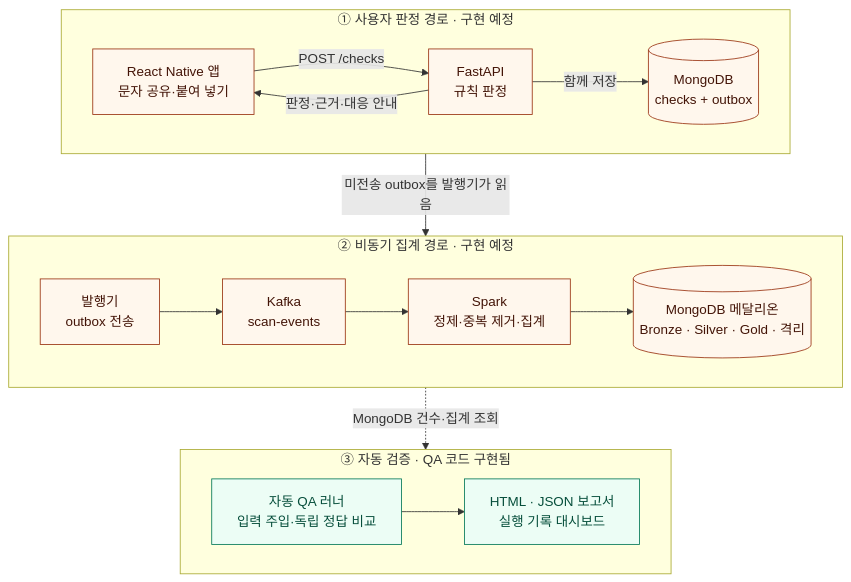
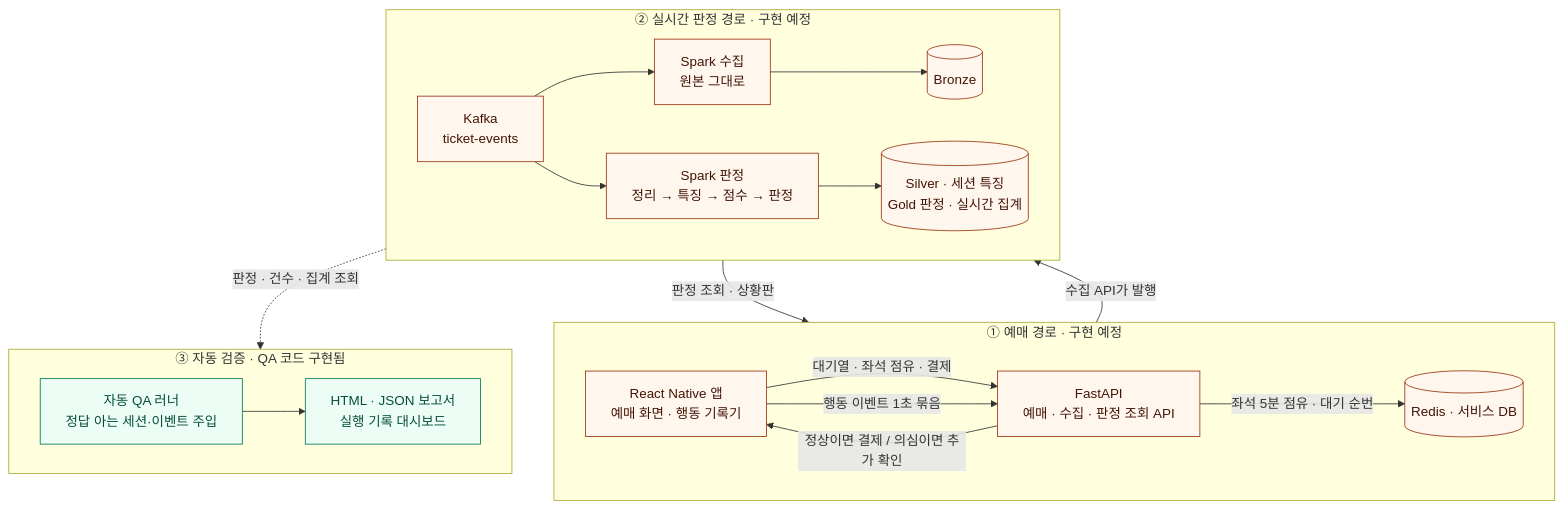
Before and after one commit to seoloo/MLO2_3rd_Project: the first of 5 diagrams in README.md, drawn with Mermaid. The commit also changed other lines of this file and 89 other files, not shown here.

````diff
--- a/README.md
+++ b/README.md
@@ -43,29 +48,32 @@
 ```mermaid
 flowchart TB
-    subgraph service["① 사용자 판정 경로 · 구현 예정"]
+    subgraph booking["① 예매 경로 · 구현 예정"]
         direction LR
-        APP["React Native 앱<br/>문자 공유·붙여 넣기"] -->|"POST /checks"| API["FastAPI<br/>규칙 판정"]
-        API -->|"함께 저장"| DB[("MongoDB<br/>checks + outbox")]
-        API -->|"판정·근거·대응 안내"| APP
+        APP["React Native 앱<br/>예매 화면 · 행동 기록기"] -->|"대기열 · 좌석 점유 · 결제"| API["FastAPI<br/>예매 · 수집 · 판정 조회 API"]
+        API -->|"좌석 5분 점유 · 대기 순번"| REDIS[("Redis · 서비스 DB")]
+        API -->|"정상이면 결제 / 의심이면 추가 확인"| APP
     end
 
-    subgraph stream["② 비동기 집계 경로 · 구현 예정"]
+    subgraph stream["② 실시간 판정 경로 · 구현 예정"]
         direction LR
-        PUB["발행기<br/>outbox 전송"] --> KAFKA["Kafka<br/>scan-events"]
-        KAFKA --> SPARK["Spark<br/>정제·중복 제거·집계"]
-        SPARK --> MED[("MongoDB 메달리온<br/>Bronze · Silver · Gold · 격리")]
+        KAFKA["Kafka<br/>ticket-events"] --> INGEST["Spark 수집<br/>원본 그대로"]
+        INGEST --> BRONZE[("Bronze")]
+        KAFKA --> JUDGE["Spark 판정<br/>정리 → 특징 → 점수 → 판정"]
+        JUDGE --> GOLD[("Silver · 세션 특징<br/>Gold 판정 · 실시간 집계")]
     end
 
     subgraph verification["③ 자동 검증 · QA 코드 구현됨"]
         direction LR
-        QA["자동 QA 러너<br/>입력 주입·독립 정답 비교"] --> REPORT["HTML · JSON 보고서<br/>실행 기록 대시보드"]
+        QA["자동 QA 러너<br/>정답 아는 세션·이벤트 주입"] --> REPORT["HTML · JSON 보고서<br/>실행 기록 대시보드"]
     end
 
-    service -->|"미전송 outbox를 발행기가 읽음"| stream
-    stream -.->|"MongoDB 건수·집계 조회"| verification
+    APP -->|"행동 이벤트 1초 묶음"| API
+    API -->|"수집 API가 발행"| KAFKA
+    GOLD -->|"판정 조회 · 상황판"| API
+    stream -.->|"판정 · 건수 · 집계 조회"| verification
 
     classDef planned fill:#fff7ed,stroke:#9a3412,color:#431407
     classDef ready fill:#ecfdf5,stroke:#047857,color:#064e3b
-    class APP,API,DB,PUB,KAFKA,SPARK,MED planned
+    class APP,API,REDIS,KAFKA,INGEST,BRONZE,JUDGE,GOLD planned
     class QA,REPORT ready
 ```
````
